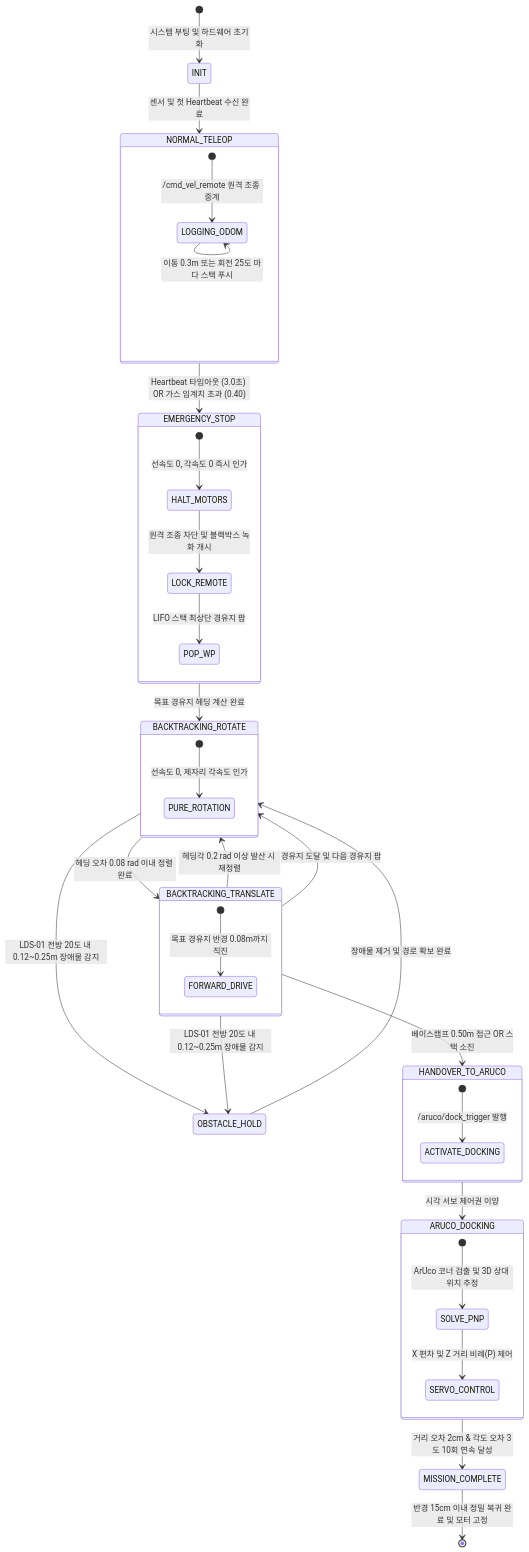
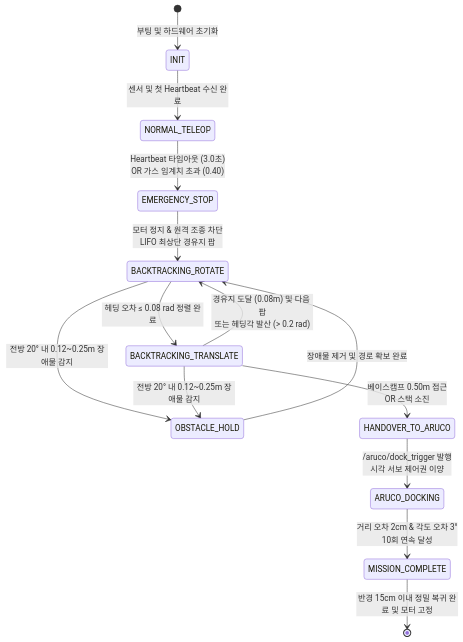
The second of 2 diagrams in docs/DISASTER_RECOVERY_GUIDEBOOK.md (rjw136-lab/disaster_recovery_ws), drawn with Mermaid before and after one commit. The commit also changed other lines of this file, not shown here.

````diff
--- a/docs/DISASTER_RECOVERY_GUIDEBOOK.md
+++ b/docs/DISASTER_RECOVERY_GUIDEBOOK.md
@@ -113,55 +112,28 @@
 ```mermaid
 stateDiagram-v2
-    [*] --> INIT: 시스템 부팅 및 하드웨어 초기화
+    direction TB
+    [*] --> INIT: 부팅 및 하드웨어 초기화
 
     INIT --> NORMAL_TELEOP: 센서 및 첫 Heartbeat 수신 완료
 
-    state NORMAL_TELEOP {
-        [*] --> LOGGING_ODOM: /cmd_vel_remote 원격 조종 중계
-        LOGGING_ODOM --> LOGGING_ODOM: 이동 0.3m 또는 회전 25도 마다 스택 푸시
-    }
+    NORMAL_TELEOP --> EMERGENCY_STOP: Heartbeat 타임아웃 (3.0초)<br/>OR 가스 임계치 초과 (0.40)
 
-    NORMAL_TELEOP --> EMERGENCY_STOP: Heartbeat 타임아웃 (3.0초) OR 가스 임계치 초과 (0.40)
+    EMERGENCY_STOP --> BACKTRACKING_ROTATE: 모터 정지 & 원격 조종 차단<br/>LIFO 최상단 경유지 팝
 
-    state EMERGENCY_STOP {
-        [*] --> HALT_MOTORS: 선속도 0, 각속도 0 즉시 인가
-        HALT_MOTORS --> LOCK_REMOTE: 원격 조종 차단 및 블랙박스 녹화 개시
-        LOCK_REMOTE --> POP_WP: LIFO 스택 최상단 경유지 팝
-    }
+    BACKTRACKING_ROTATE --> BACKTRACKING_TRANSLATE: 헤딩 오차 ≤ 0.08 rad 정렬 완료
 
-    EMERGENCY_STOP --> BACKTRACKING_ROTATE: 목표 경유지 헤딩 계산 완료
+    BACKTRACKING_TRANSLATE --> BACKTRACKING_ROTATE: 경유지 도달 (0.08m) 및 다음 팝<br/>또는 헤딩각 발산 (> 0.2 rad)
 
-    state BACKTRACKING_ROTATE {
-        [*] --> PURE_ROTATION: 선속도 0, 제자리 각속도 인가
-    }
-
-    BACKTRACKING_ROTATE --> BACKTRACKING_TRANSLATE: 헤딩 오차 0.08 rad 이내 정렬 완료
-
-    state BACKTRACKING_TRANSLATE {
-        [*] --> FORWARD_DRIVE: 목표 경유지 반경 0.08m까지 직진
-    }
-
-    BACKTRACKING_TRANSLATE --> BACKTRACKING_ROTATE: 헤딩각 0.2 rad 이상 발산 시 재정렬
-    BACKTRACKING_TRANSLATE --> BACKTRACKING_ROTATE: 경유지 도달 및 다음 경유지 팝
-
-    BACKTRACKING_ROTATE --> OBSTACLE_HOLD: LDS-01 전방 20도 내 0.12~0.25m 장애물 감지
-    BACKTRACKING_TRANSLATE --> OBSTACLE_HOLD: LDS-01 전방 20도 내 0.12~0.25m 장애물 감지
+    BACKTRACKING_ROTATE --> OBSTACLE_HOLD: 전방 20° 내 0.12~0.25m 장애물 감지
+    BACKTRACKING_TRANSLATE --> OBSTACLE_HOLD: 전방 20° 내 0.12~0.25m 장애물 감지
 
     OBSTACLE_HOLD --> BACKTRACKING_ROTATE: 장애물 제거 및 경로 확보 완료
 
-    BACKTRACKING_TRANSLATE --> HANDOVER_TO_ARUCO: 베이스캠프 0.50m 접근 OR 스택 소진
+    BACKTRACKING_TRANSLATE --> HANDOVER_TO_ARUCO: 베이스캠프 0.50m 접근<br/>OR 스택 소진
 
-    state HANDOVER_TO_ARUCO {
-        [*] --> ACTIVATE_DOCKING: /aruco/dock_trigger 발행
-    }
+    HANDOVER_TO_ARUCO --> ARUCO_DOCKING: /aruco/dock_trigger 발행<br/>시각 서보 제어권 이양
 
-    HANDOVER_TO_ARUCO --> ARUCO_DOCKING: 시각 서보 제어권 이양
+    ARUCO_DOCKING --> MISSION_COMPLETE: 거리 오차 2cm & 각도 오차 3°<br/>10회 연속 달성
 
-    state ARUCO_DOCKING {
-        [*] --> SOLVE_PNP: ArUco 코너 검출 및 3D 상대 위치 추정
-        SOLVE_PNP --> SERVO_CONTROL: X 편차 및 Z 거리 비례(P) 제어
-    }
-
-    ARUCO_DOCKING --> MISSION_COMPLETE: 거리 오차 2cm & 각도 오차 3도 10회 연속 달성
     MISSION_COMPLETE --> [*]: 반경 15cm 이내 정밀 복귀 완료 및 모터 고정
 ```
````
